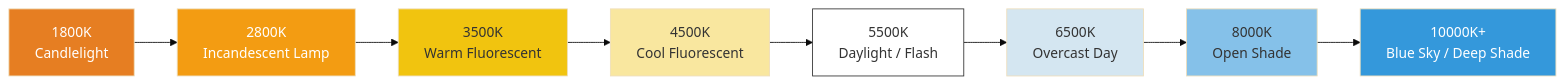
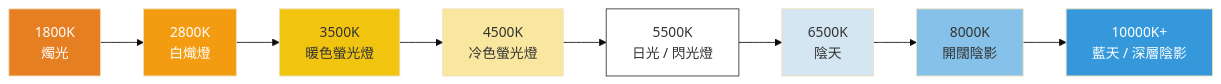
One commit to zoozooll/AndroidCameraParameters changed the diagram in website/i18n/zh-Hant/docusaurus-plugin-content-docs/current/camera2/white-balance-and-color.md. Above: the diagram before and after it, drawn with Mermaid (base theme). The commit also changed other lines of this file and 378 other files, not shown here.

````diff
--- a/website/i18n/zh-Hant/docusaurus-plugin-content-docs/current/camera2/white-balance-and-color.md
+++ b/website/i18n/zh-Hant/docusaurus-plugin-content-docs/current/camera2/white-balance-and-color.md
@@ -24,18 +24,18 @@
 ```mermaid
 graph LR
-    A[1800K<br/>Candlelight] --> B[2800K<br/>Incandescent Lamp]
-    B --> C[3500K<br/>Warm Fluorescent]
-    C --> D[4500K<br/>Cool Fluorescent]
-    D --> E[5500K<br/>Daylight / Flash]
-    E --> F[6500K<br/>Overcast Day]
-    F --> G[8000K<br/>Open Shade]
-    G --> H[10000K+<br/>Blue Sky / Deep Shade]
+    A["1800K<br/>燭光"] --> B["2800K<br/>白熾燈"]
+    B --> C[3500K<br/>暖色螢光燈]
+    C --> D[4500K<br/>冷色螢光燈]
+    D --> E[5500K<br/>日光 / 閃光燈]
+    E --> F[6500K<br/>陰天]
+    F --> G[8000K<br/>開闊陰影]
+    G --> H[10000K+<br/>藍天 / 深層陰影]
     style A fill:#e67e22,color:#fff
     style B fill:#f39c12,color:#fff
     style C fill:#f1c40f,color:#333
     style D fill:#f9e79f,color:#333
     style E fill:#ffffff,color:#333,stroke:#333
     style F fill:#d4e6f1,color:#333
     style G fill:#85c1e9,color:#333
     style H fill:#3498db,color:#fff
 ```
````
